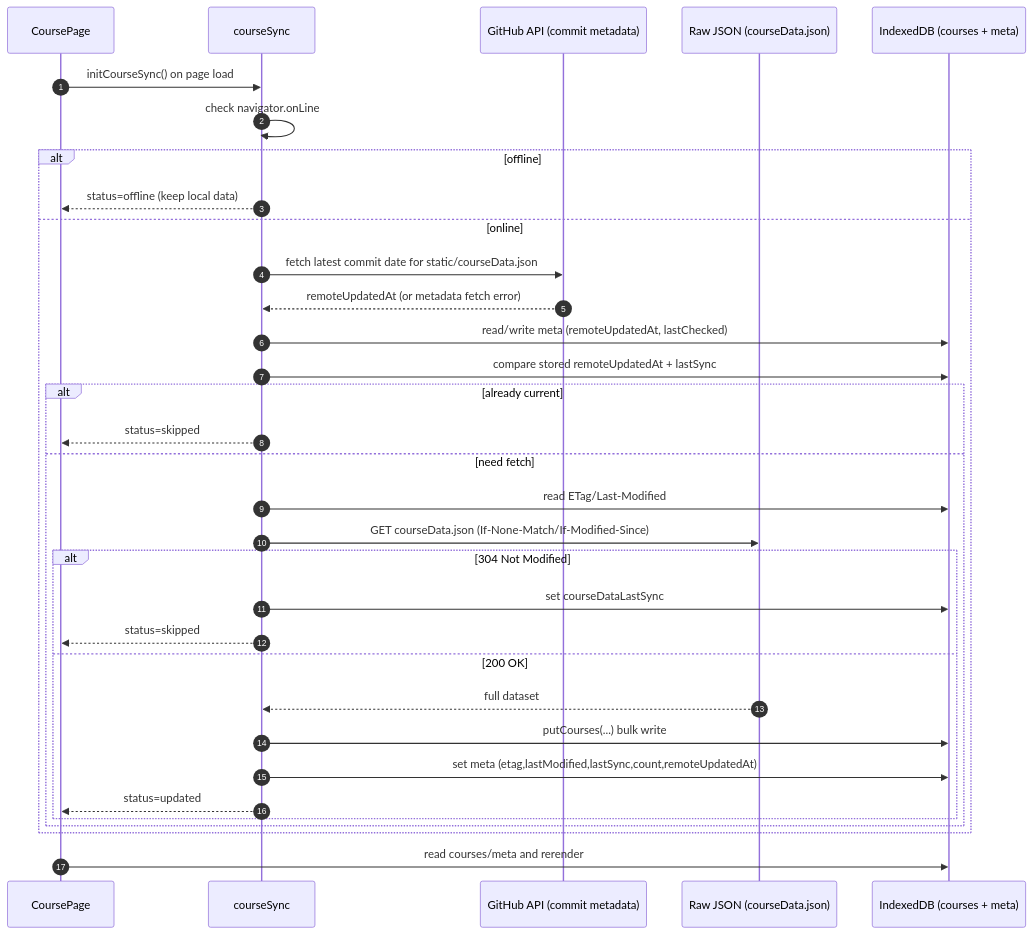
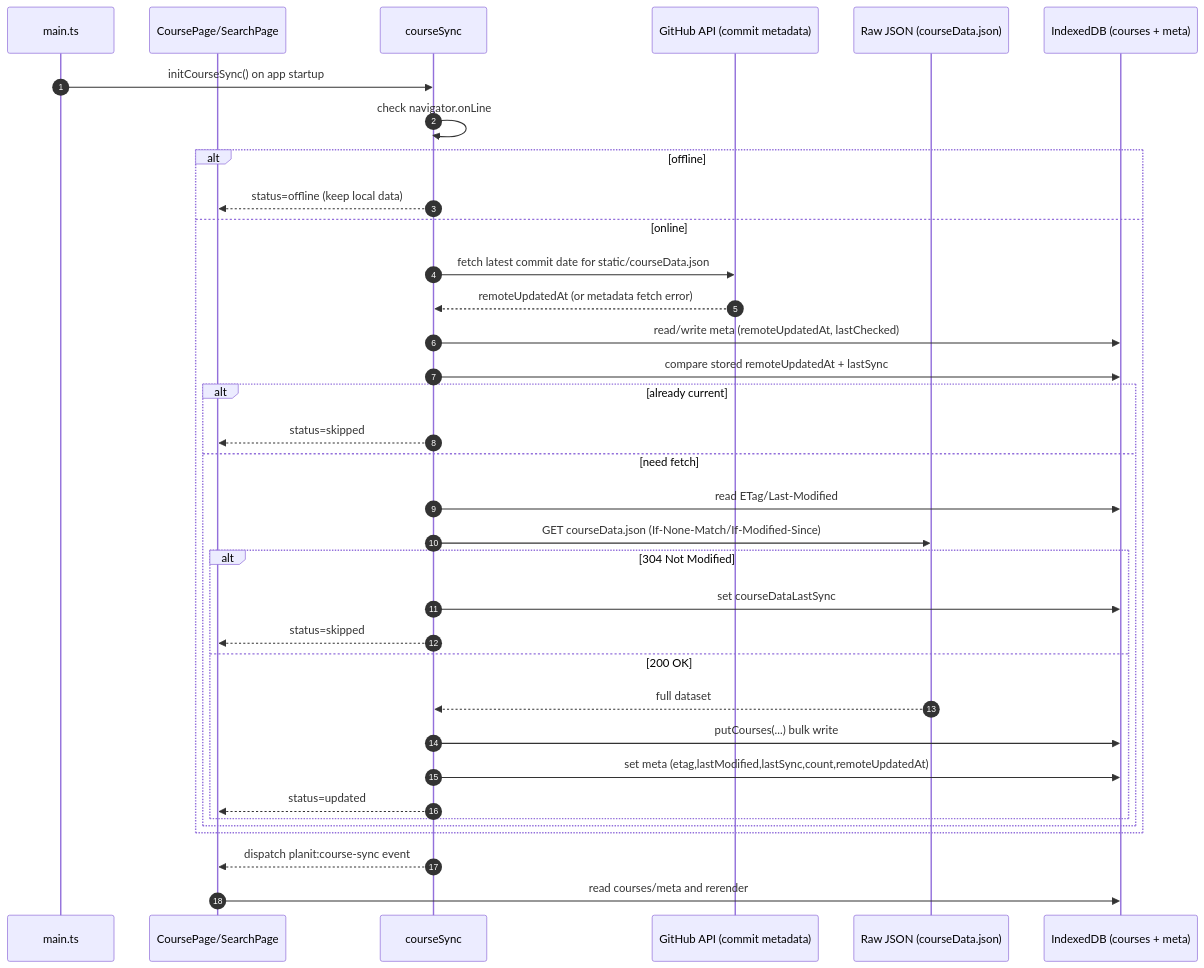
The first of 4 diagrams in DATA_HANDLING.md (selfint/planit), drawn with Mermaid before and after one commit. The commit also changed other lines of this file, not shown here.

Commit message:
docs: align data handling flows with global sync bootstrap

````diff
--- a/DATA_HANDLING.md
+++ b/DATA_HANDLING.md
@@ -14,37 +15,39 @@
 ```mermaid
 sequenceDiagram
     autonumber
-    participant UI as CoursePage
+    participant App as main.ts
+    participant UI as CoursePage/SearchPage
     participant CS as courseSync
     participant GH as GitHub API (commit metadata)
     participant RAW as Raw JSON (courseData.json)
     participant IDB as IndexedDB (courses + meta)
 
-    UI->>CS: initCourseSync() on page load
+    App->>CS: initCourseSync() on app startup
     CS->>CS: check navigator.onLine
     alt offline
         CS-->>UI: status=offline (keep local data)
     else online
         CS->>GH: fetch latest commit date for static/courseData.json
         GH-->>CS: remoteUpdatedAt (or metadata fetch error)
         CS->>IDB: read/write meta (remoteUpdatedAt, lastChecked)
         CS->>IDB: compare stored remoteUpdatedAt + lastSync
         alt already current
             CS-->>UI: status=skipped
         else need fetch
             CS->>IDB: read ETag/Last-Modified
             CS->>RAW: GET courseData.json (If-None-Match/If-Modified-Since)
             alt 304 Not Modified
                 CS->>IDB: set courseDataLastSync
                 CS-->>UI: status=skipped
             else 200 OK
                 RAW-->>CS: full dataset
                 CS->>IDB: putCourses(...) bulk write
                 CS->>IDB: set meta (etag,lastModified,lastSync,count,remoteUpdatedAt)
                 CS-->>UI: status=updated
             end
         end
     end
 
+    CS-->>UI: dispatch planit:course-sync event
     UI->>IDB: read courses/meta and rerender
 ```
````
